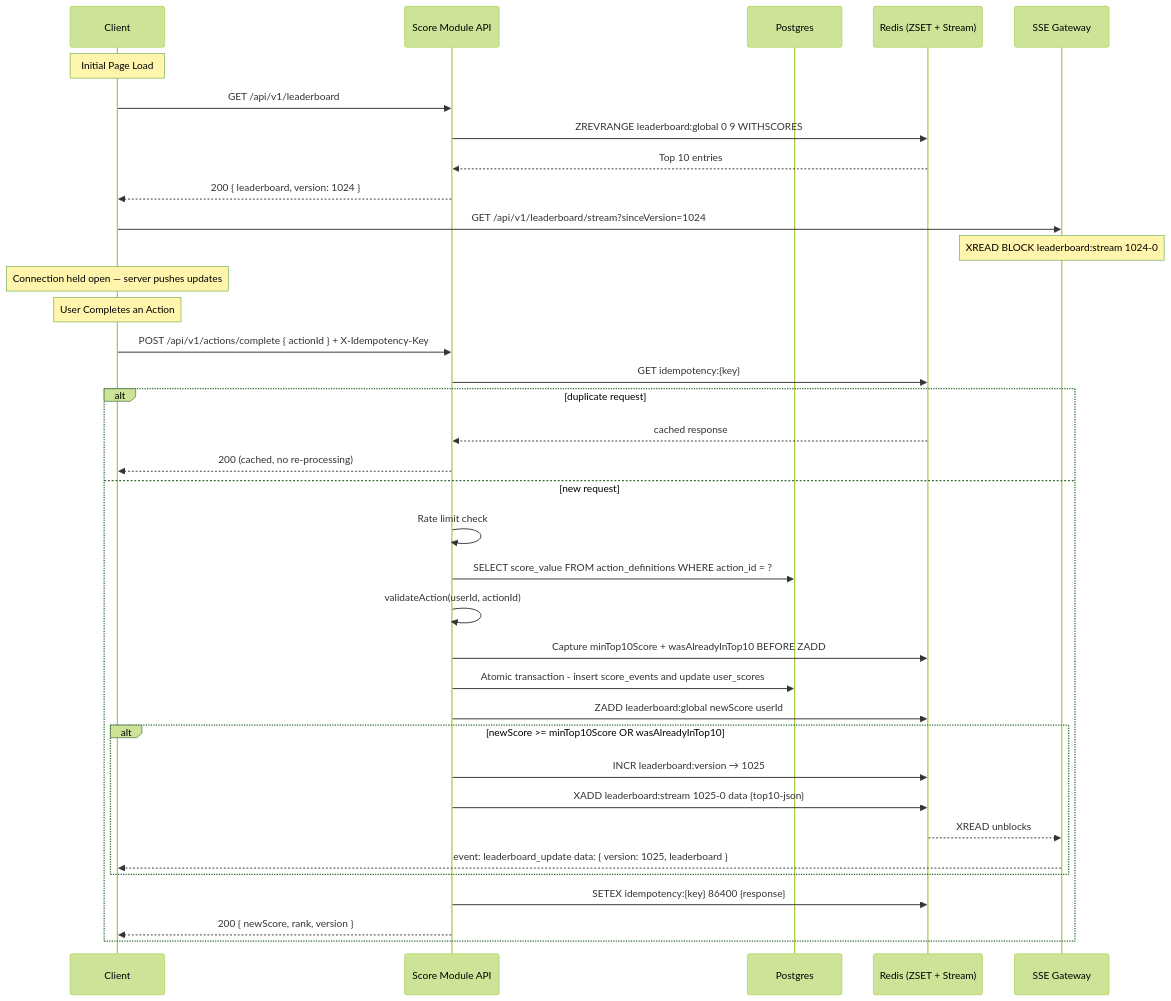
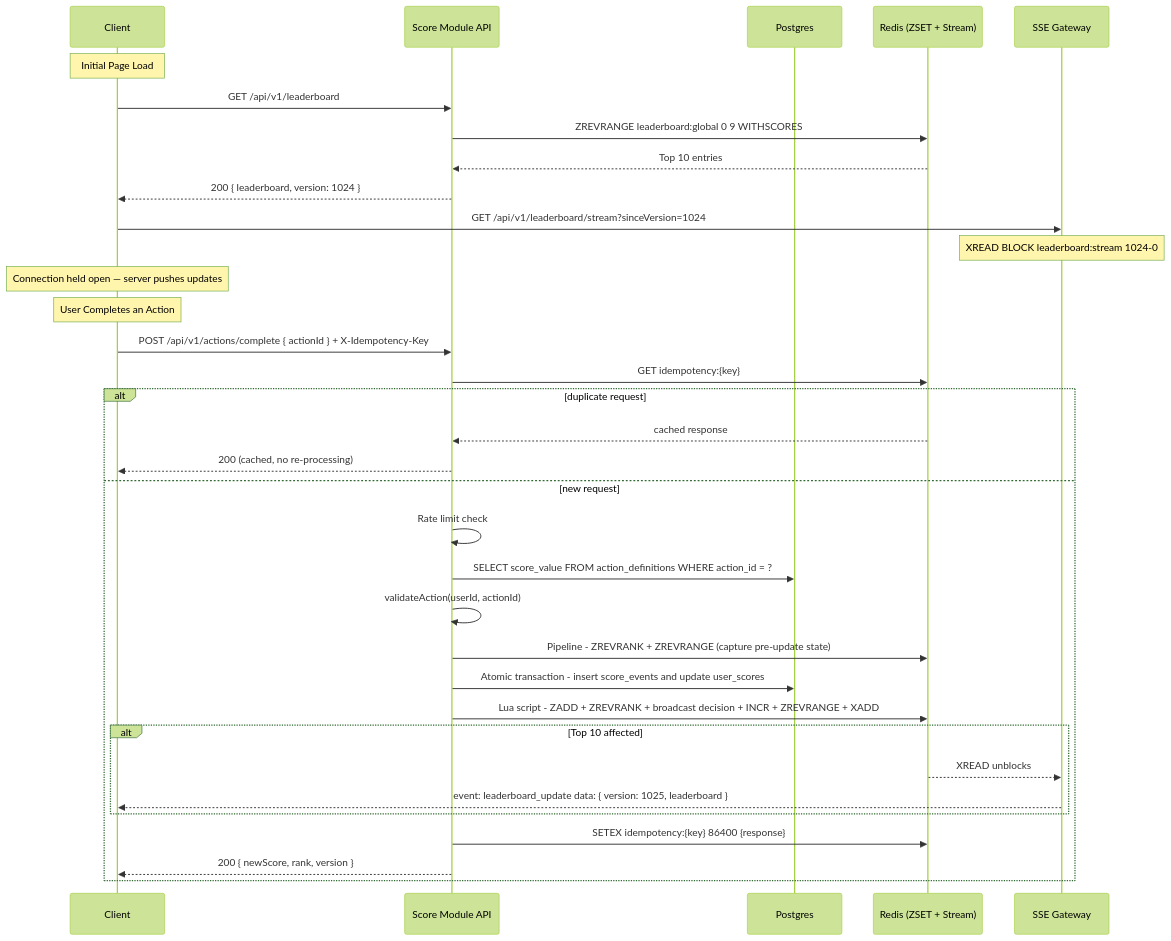
One commit to thanhkhue/code-challenges changed the first of 2 diagrams in problem3/README.md. Above: the diagram before and after it, drawn with Mermaid (forest theme). The commit also changed other lines of this file, not shown here.

Commit message:
docs: add pipeline and lua script optimisation

````diff
--- a/problem3/README.md
+++ b/problem3/README.md
@@ -77,41 +77,39 @@
 ```mermaid
 sequenceDiagram
     participant C as Client
     participant API as Score Module API
     participant DB as Postgres
     participant R as Redis (ZSET + Stream)
     participant SSE as SSE Gateway
 
     Note over C: Initial Page Load
     C->>API: GET /api/v1/leaderboard
     API->>R: ZREVRANGE leaderboard:global 0 9 WITHSCORES
     R-->>API: Top 10 entries
     API-->>C: 200 { leaderboard, version: 1024 }
 
     C->>SSE: GET /api/v1/leaderboard/stream?sinceVersion=1024
     Note over SSE: XREAD BLOCK leaderboard:stream 1024-0
     Note over C: Connection held open — server pushes updates
 
     Note over C: User Completes an Action
     C->>API: POST /api/v1/actions/complete { actionId } + X-Idempotency-Key
     API->>R: GET idempotency:{key}
     alt duplicate request
         R-->>API: cached response
         API-->>C: 200 (cached, no re-processing)
     else new request
         API->>API: Rate limit check
         API->>DB: SELECT score_value FROM action_definitions WHERE action_id = ?
         API->>API: validateAction(userId, actionId)
-        API->>R: Capture minTop10Score + wasAlreadyInTop10 BEFORE ZADD
+        API->>R: Pipeline - ZREVRANK + ZREVRANGE (capture pre-update state)
         API->>DB: Atomic transaction - insert score_events and update user_scores
-        API->>R: ZADD leaderboard:global newScore userId
-        alt newScore >= minTop10Score OR wasAlreadyInTop10
-            API->>R: INCR leaderboard:version → 1025
-            API->>R: XADD leaderboard:stream 1025-0 data {top10-json}
+        API->>R: Lua script - ZADD + ZREVRANK + broadcast decision + INCR + ZREVRANGE + XADD
+        alt Top 10 affected
             R-->>SSE: XREAD unblocks
             SSE-->>C: event: leaderboard_update data: { version: 1025, leaderboard }
         end
         API->>R: SETEX idempotency:{key} 86400 {response}
         API-->>C: 200 { newScore, rank, version }
     end
 ```
````
